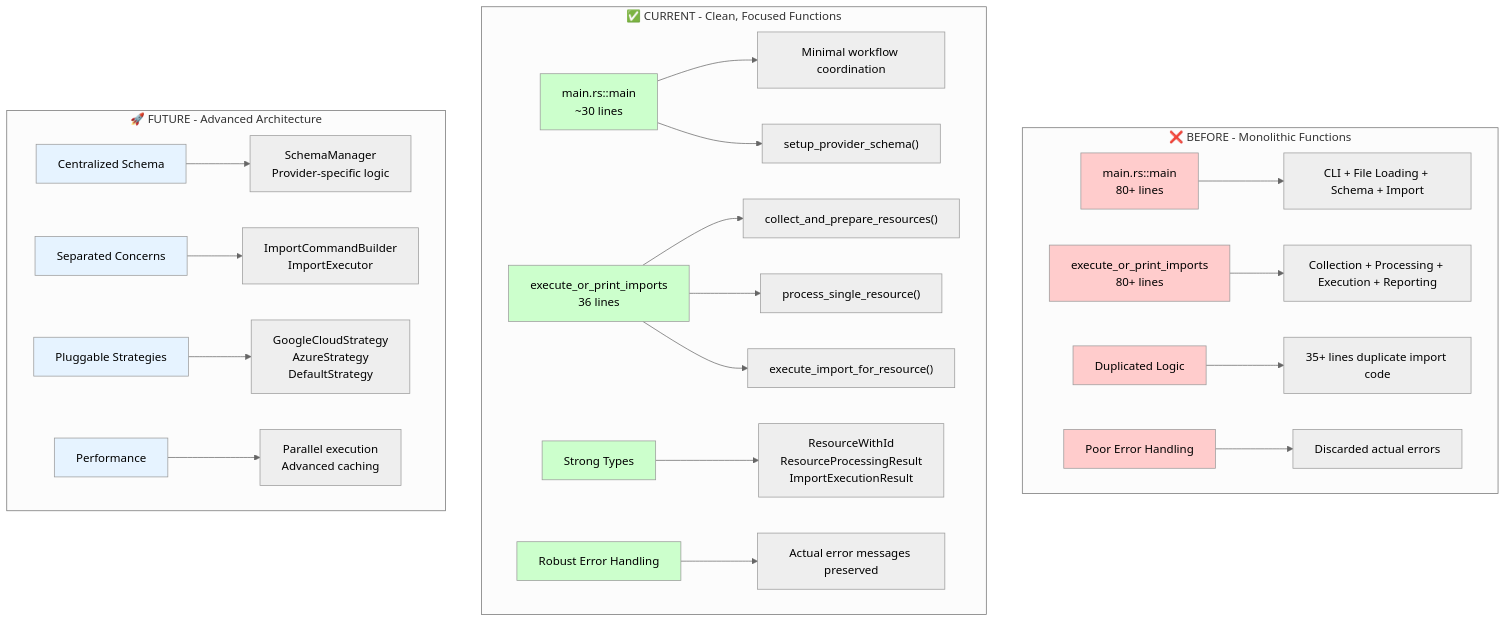
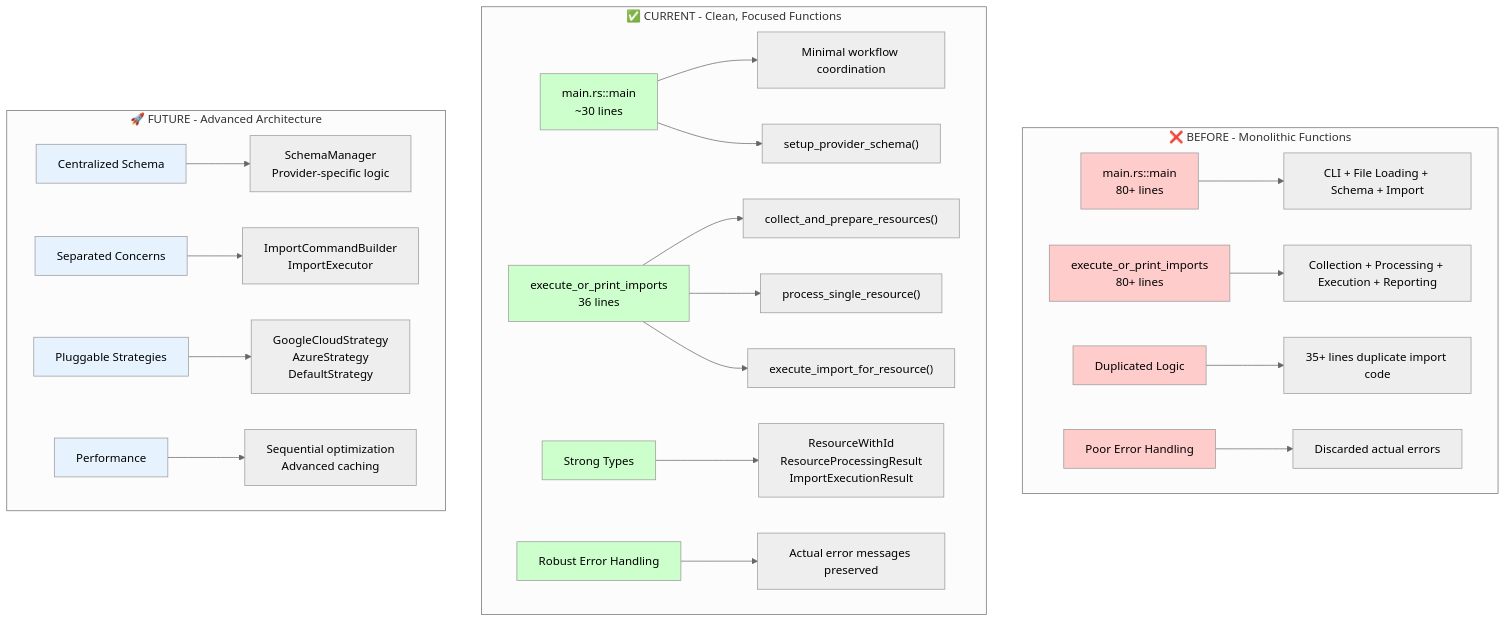
The first of 2 diagrams in STACK_OF_TASKS.md (casibbald/terragrunt-import-from-plan), drawn with Mermaid (neutral theme) before and after one commit. The commit also changed other lines of this file and 8 other files, not shown here.

Commit message:
initial schema inference

````diff
--- a/STACK_OF_TASKS.md
+++ b/STACK_OF_TASKS.md
@@ -128,41 +334,41 @@
 ```mermaid
 graph TB
     subgraph "❌ BEFORE - Monolithic Functions"
         A[main.rs::main<br/>80+ lines] --> A1["CLI + File Loading + Schema + Import"]
         B[execute_or_print_imports<br/>80+ lines] --> B1["Collection + Processing + Execution + Reporting"]
         C[Duplicated Logic] --> C1["35+ lines duplicate import code"]
         D[Poor Error Handling] --> D1["Discarded actual errors"]
     end
     
     subgraph "✅ CURRENT - Clean, Focused Functions"
         E[main.rs::main<br/>~30 lines] --> E1["Minimal workflow coordination"]
         E --> E2["setup_provider_schema()"]
         
         F[execute_or_print_imports<br/>36 lines] --> F1["collect_and_prepare_resources()"]
         F --> F2["process_single_resource()"]  
         F --> F3["execute_import_for_resource()"]
         
         G[Strong Types] --> G1["ResourceWithId<br/>ResourceProcessingResult<br/>ImportExecutionResult"]
         H[Robust Error Handling] --> H1["Actual error messages preserved"]
     end
     
     subgraph "🚀 FUTURE - Advanced Architecture"
         I[Centralized Schema] --> I1["SchemaManager<br/>Provider-specific logic"]
         J[Separated Concerns] --> J1["ImportCommandBuilder<br/>ImportExecutor"]
         K[Pluggable Strategies] --> K1["GoogleCloudStrategy<br/>AzureStrategy<br/>DefaultStrategy"]
-        L[Performance] --> L1["Parallel execution<br/>Advanced caching"]
+        L[Performance] --> L1["Sequential optimization<br/>Advanced caching"]
     end
     
     style A fill:#ffcccc
     style B fill:#ffcccc
     style C fill:#ffcccc
     style D fill:#ffcccc
     style E fill:#ccffcc
     style F fill:#ccffcc
     style G fill:#ccffcc
     style H fill:#ccffcc
     style I fill:#e6f3ff
     style J fill:#e6f3ff
     style K fill:#e6f3ff
     style L fill:#e6f3ff
 ```
````
